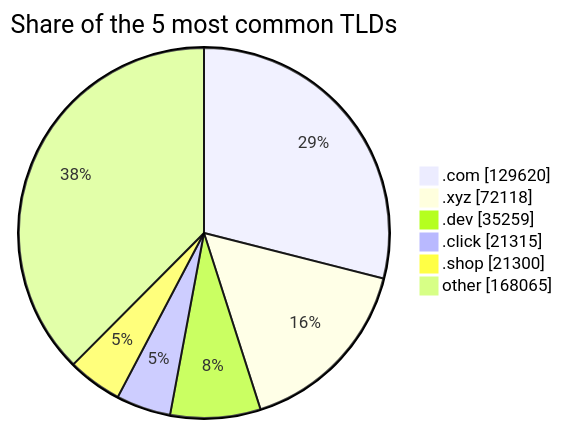
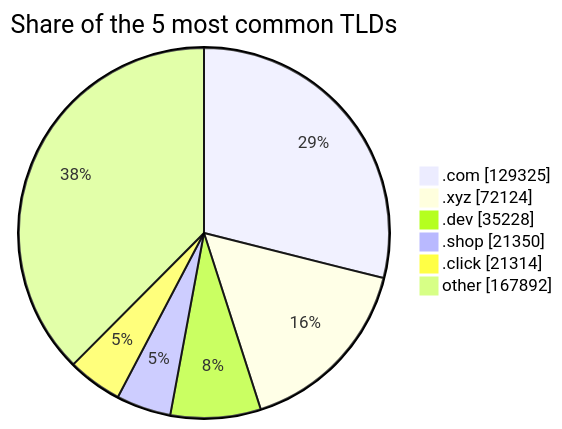
One commit to DNSBunker/CTI changed the third of 3 diagrams in README.md. Above: the diagram before and after it, drawn with Mermaid. The commit also changed other lines of this file and 3 other files, not shown here.

````diff
--- a/README.md
+++ b/README.md
@@ -81,9 +81,9 @@
 ```mermaid
 pie showData title Share of the 5 most common TLDs
-    ".com" : 129620
-    ".xyz" : 72118
-    ".dev" : 35259
-    ".click" : 21315
-    ".shop" : 21300
-    "other" : 168065
+    ".com" : 129325
+    ".xyz" : 72124
+    ".dev" : 35228
+    ".shop" : 21350
+    ".click" : 21314
+    "other" : 167892
 ```
````
